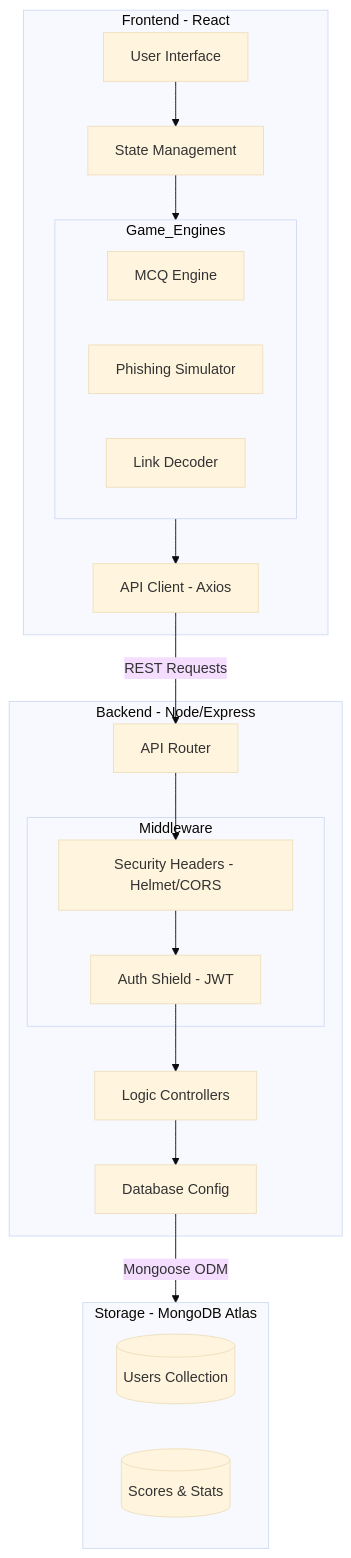
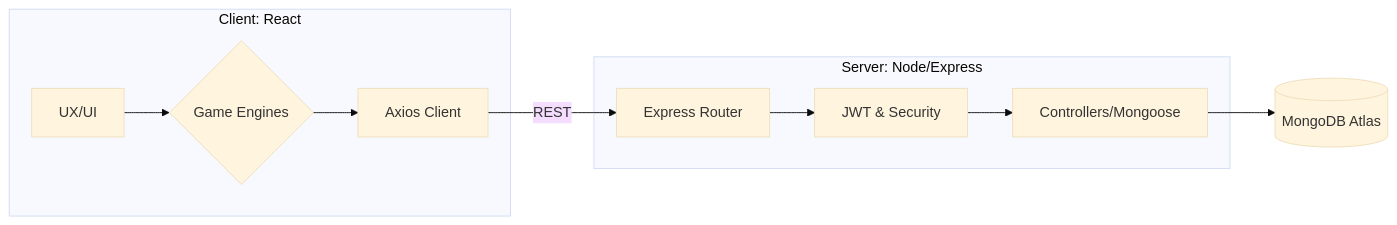
The diagram in readme.md (RiteshJha912/hackademy-final), drawn with Mermaid (base theme) before and after one commit.

Commit message:
updated rme

````diff
--- a/readme.md
+++ b/readme.md
@@ -39,38 +39,15 @@
 ```mermaid
-graph TD
-    subgraph Client_Layer [Frontend - React]
-        UI[User Interface]
-        subgraph Game_Engines
-            MCQ[MCQ Engine]
-            PHI[Phishing Simulator]
-            LNK[Link Decoder]
-        end
-        State[State Management]
-        Axios[API Client - Axios]
+graph LR
+    subgraph Client [Client: React]
+        UI[UX/UI] --> Games{Game Engines}
+        Games --> Axios[Axios Client]
     end
 
-    subgraph API_Layer [Backend - Node/Express]
-        Routes[API Router]
-        subgraph Middleware
-            Auth[Auth Shield - JWT]
-            Security[Security Headers - Helmet/CORS]
-        end
-        Controllers[Logic Controllers]
-        DBConfig[Database Config]
+    subgraph Server [Server: Node/Express]
+        Axios -- REST --> API[Express Router]
+        API --> Guard[JWT & Security]
+        Guard --> Logic[Controllers/Mongoose]
     end
 
-    subgraph Data_Layer [Storage - MongoDB Atlas]
-        Users[(Users Collection)]
-        Scores[(Scores & Stats)]
-    end
-
-    UI --> State
-    State --> Game_Engines
-    Game_Engines --> Axios
-    Axios -- REST Requests --> Routes
-    Routes --> Security
-    Security --> Auth
-    Auth --> Controllers
-    Controllers --> DBConfig
-    DBConfig -- Mongoose ODM --> Data_Layer
+    Logic --> DB[(MongoDB Atlas)]
 ```
````
